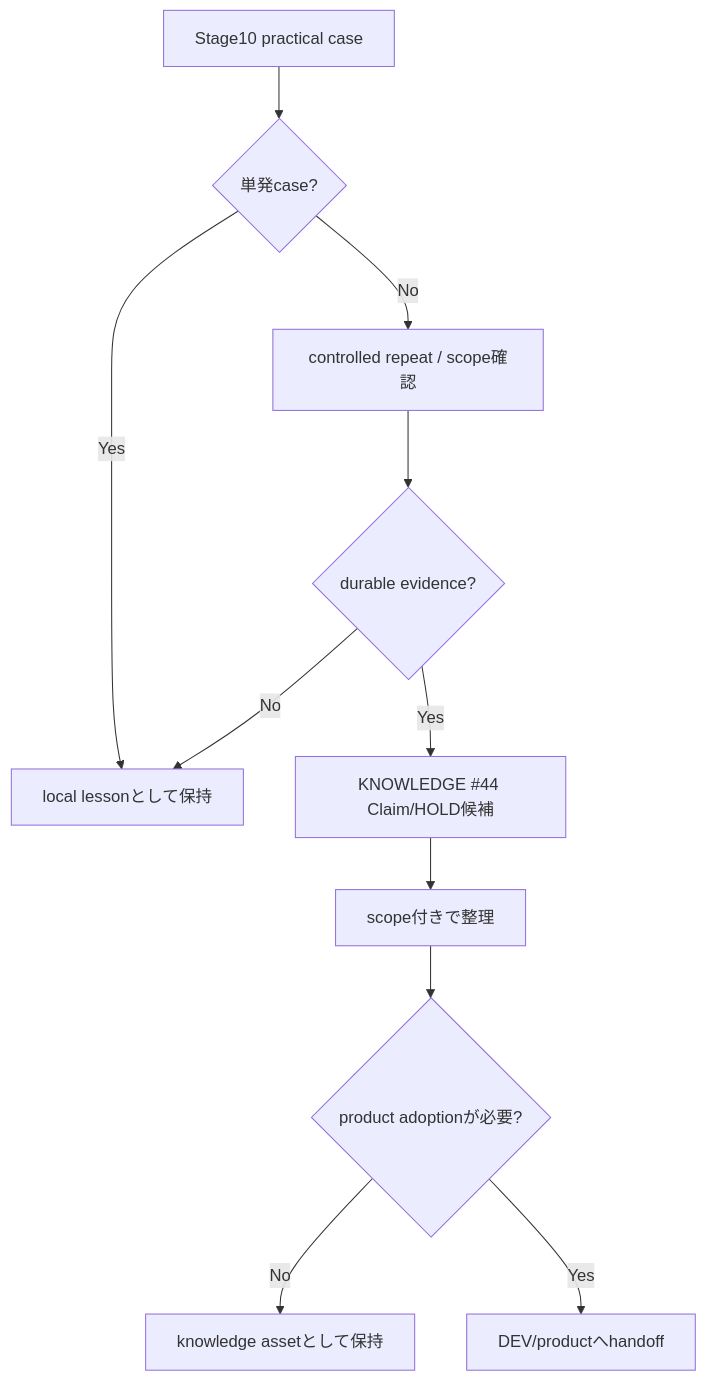
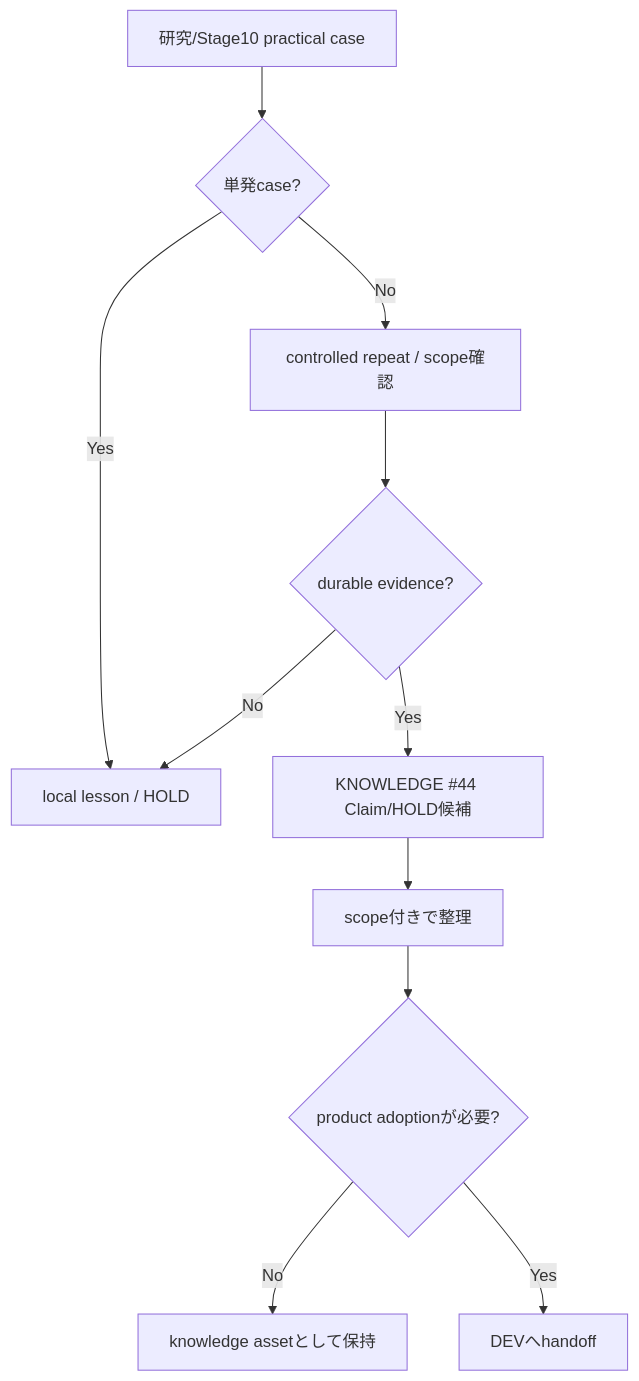
One commit to takasago181/DanbooruTagTool changed the eighth of 8 diagrams in docs/FLOWCHARTS.md. Above: the diagram before and after it, drawn with Mermaid. The commit also changed other lines of this file, not shown here.

````diff
--- a/docs/FLOWCHARTS.md
+++ b/docs/FLOWCHARTS.md
@@ -159,13 +136,13 @@
 ```mermaid
 flowchart TD
- A[Stage10 practical case] --> B{単発case?}
- B -- Yes --> C[local lessonとして保持]
+ A[研究/Stage10 practical case] --> B{単発case?}
+ B -- Yes --> C[local lesson / HOLD]
  B -- No --> D[controlled repeat / scope確認]
  D --> E{durable evidence?}
  E -- No --> C
  E -- Yes --> F[KNOWLEDGE #44 Claim/HOLD候補]
  F --> G[scope付きで整理]
  G --> H{product adoptionが必要?}
  H -- No --> I[knowledge assetとして保持]
- H -- Yes --> J[DEV/productへhandoff]
+ H -- Yes --> J[DEVへhandoff]
 ```
````
